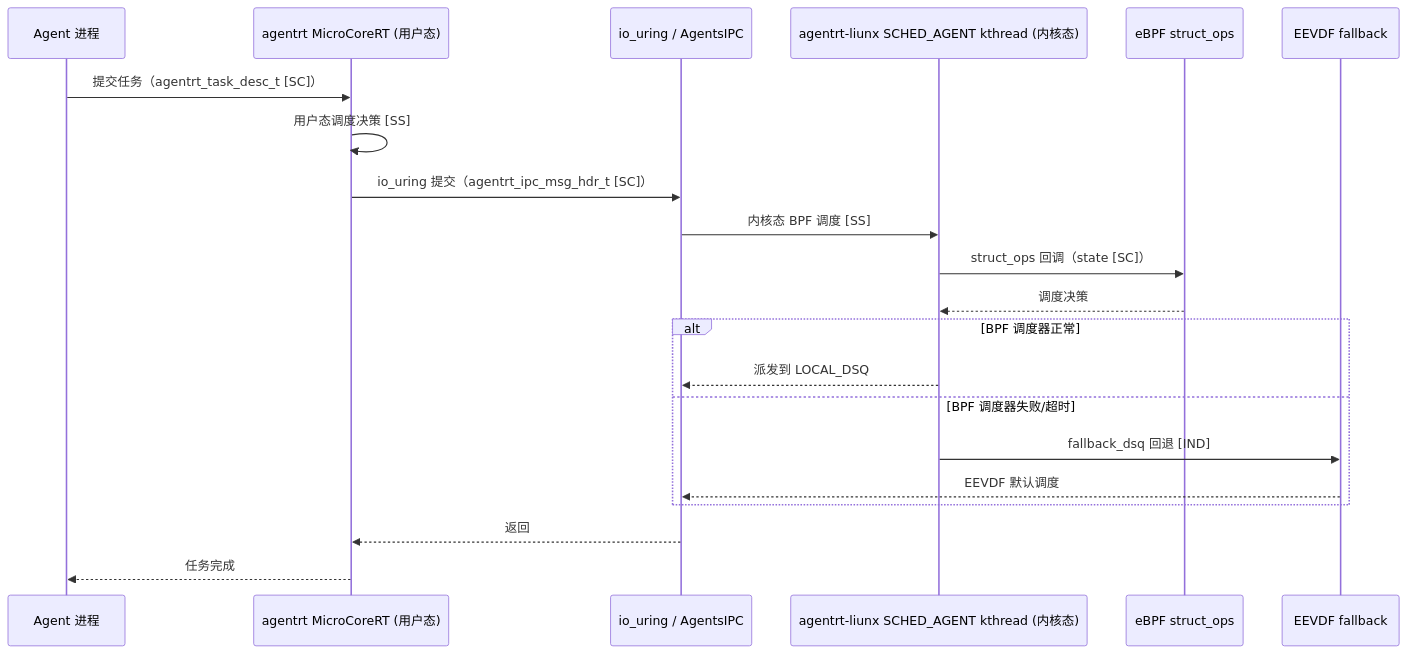
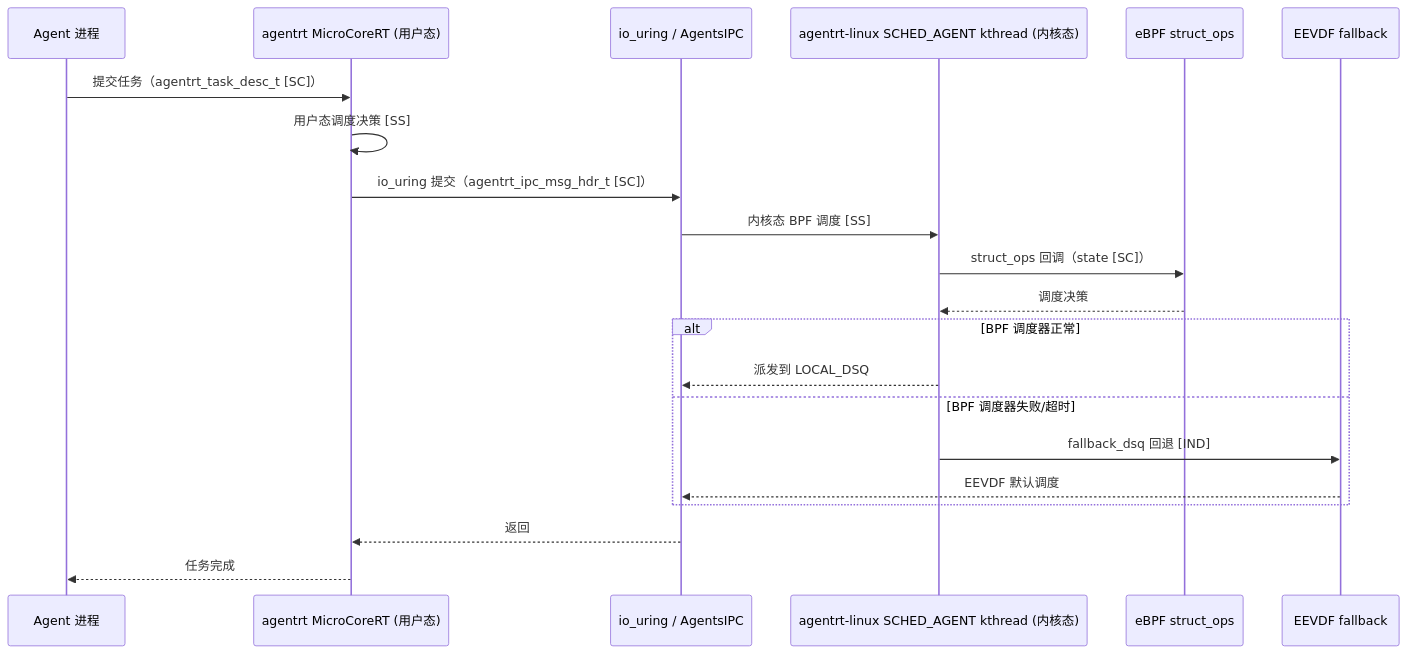
The first of 2 diagrams in AirymaxOS/20-modules/01-kernel.md (SpharxTeam/Docs), drawn with Mermaid before and after one commit. The commit also changed other lines of this file and 132 other files, not shown here.

````diff
--- a/AirymaxOS/20-modules/01-kernel.md
+++ b/AirymaxOS/20-modules/01-kernel.md
@@ -366,24 +366,24 @@
 ```mermaid
 sequenceDiagram
     participant AGENT as Agent 进程
     participant SCX_U as agentrt MicroCoreRT (用户态)
     participant IPC as io_uring / AgentsIPC
-    participant SCX_K as agentrt-liunx SCHED_AGENT kthread (内核态)
+    participant SCX_K as agentrt-linux SCHED_AGENT kthread (内核态)
     participant BPF as eBPF struct_ops
     participant EEVDF as EEVDF fallback
 
     AGENT->>SCX_U: 提交任务（agentrt_task_desc_t [SC]）
     SCX_U->>SCX_U: 用户态调度决策 [SS]
     SCX_U->>IPC: io_uring 提交（agentrt_ipc_msg_hdr_t [SC]）
     IPC->>SCX_K: 内核态 BPF 调度 [SS]
     SCX_K->>BPF: struct_ops 回调（state [SC]）
     BPF-->>SCX_K: 调度决策
     alt BPF 调度器正常
         SCX_K-->>IPC: 派发到 LOCAL_DSQ
     else BPF 调度器失败/超时
         SCX_K->>EEVDF: fallback_dsq 回退 [IND]
         EEVDF-->>IPC: EEVDF 默认调度
     end
     IPC-->>SCX_U: 返回
     SCX_U-->>AGENT: 任务完成
 ```
````
